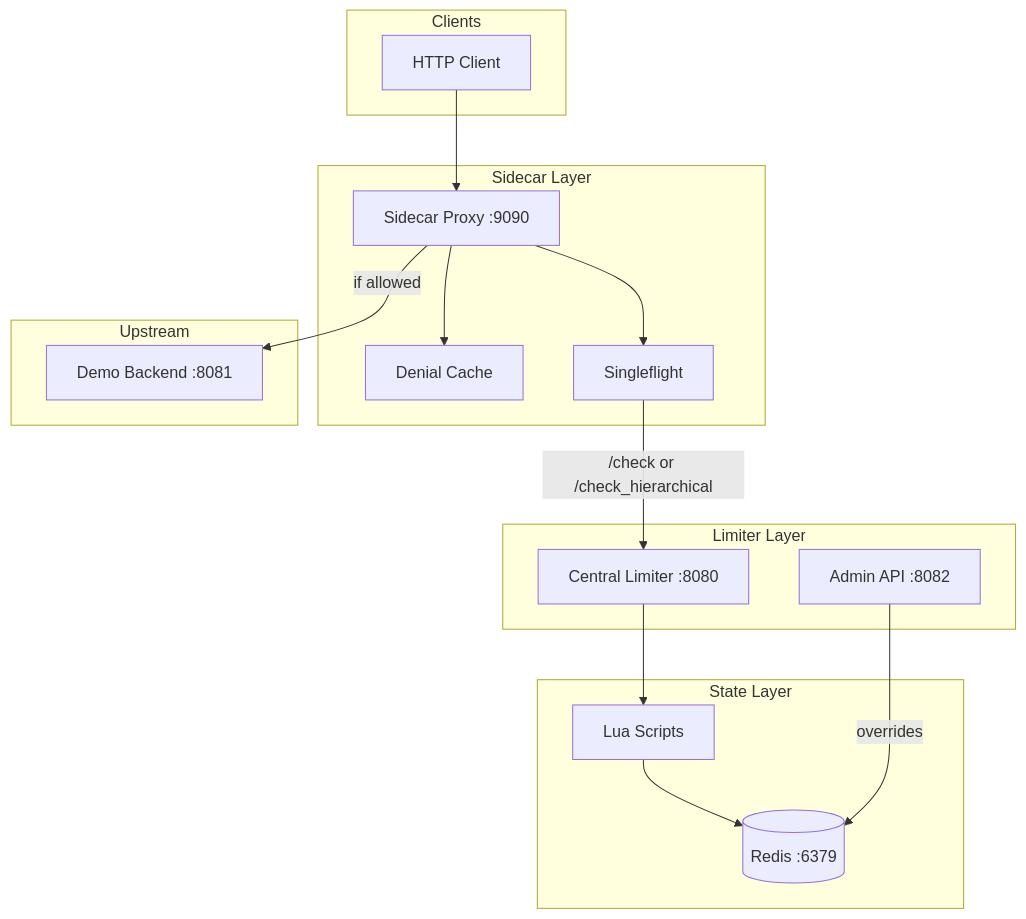
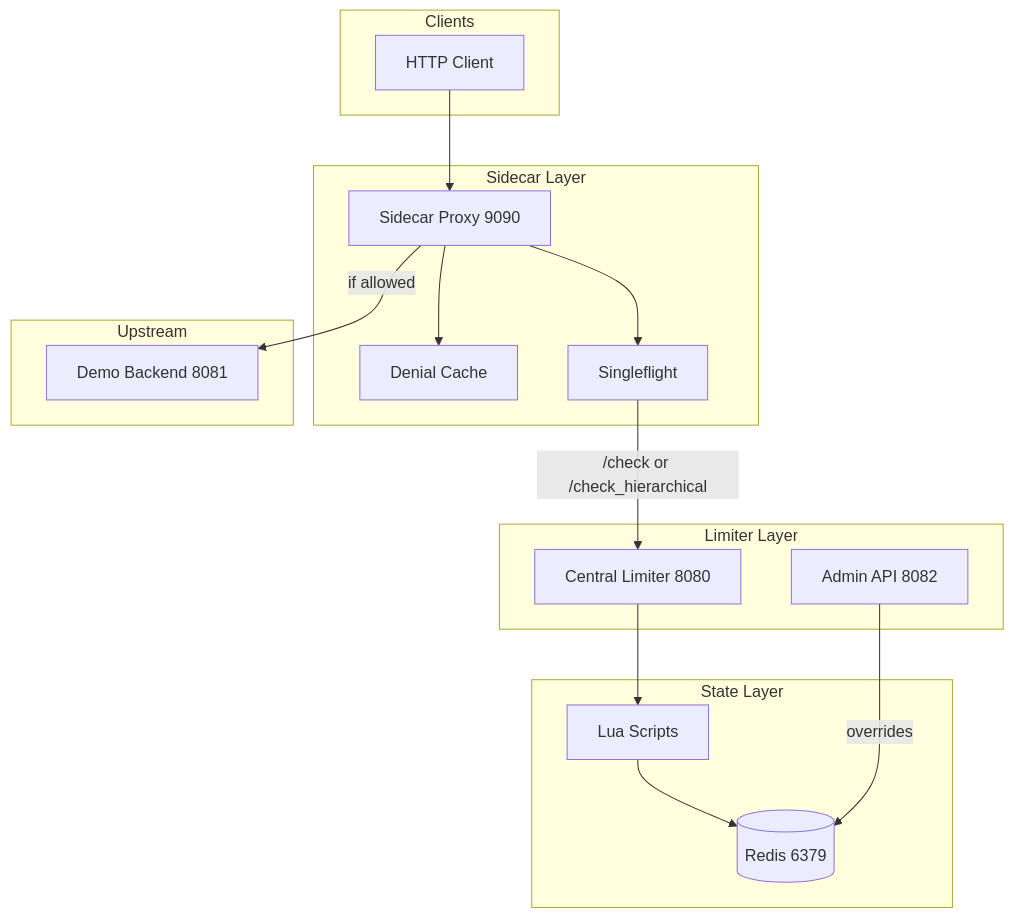
One commit to RUDRA-PRATAP-SINGH01/Distributed-rate-limiter changed the first of 22 diagrams in README.md. Above: the diagram before and after it, drawn with Mermaid. The commit also changed other lines of this file and 35 other files, not shown here.

Commit message:
updated the docs diagrams

````diff
--- a/README.md
+++ b/README.md
@@ -123,35 +126,35 @@
 ```mermaid
 flowchart TB
     subgraph clients [Clients]
         C[HTTP Client]
     end
 
     subgraph sidecar_layer [Sidecar Layer]
-        SC[Sidecar Proxy :9090]
+        SC["Sidecar Proxy 9090"]
         CACHE[Denial Cache]
         SF[Singleflight]
     end
 
     subgraph limiter_layer [Limiter Layer]
-        LM[Central Limiter :8080]
-        ADM[Admin API :8082]
+        LM["Central Limiter 8080"]
+        ADM["Admin API 8082"]
     end
 
     subgraph state [State Layer]
-        RD[(Redis :6379)]
+        RD[(Redis 6379)]
         LUA[Lua Scripts]
     end
 
     subgraph upstream [Upstream]
-        BE[Demo Backend :8081]
+        BE["Demo Backend 8081"]
     end
 
     C --> SC
     SC --> CACHE
     SC --> SF
     SF -->|"/check or /check_hierarchical"| LM
     LM --> LUA
     LUA --> RD
     ADM -->|overrides| RD
     SC -->|if allowed| BE
 ```
````
